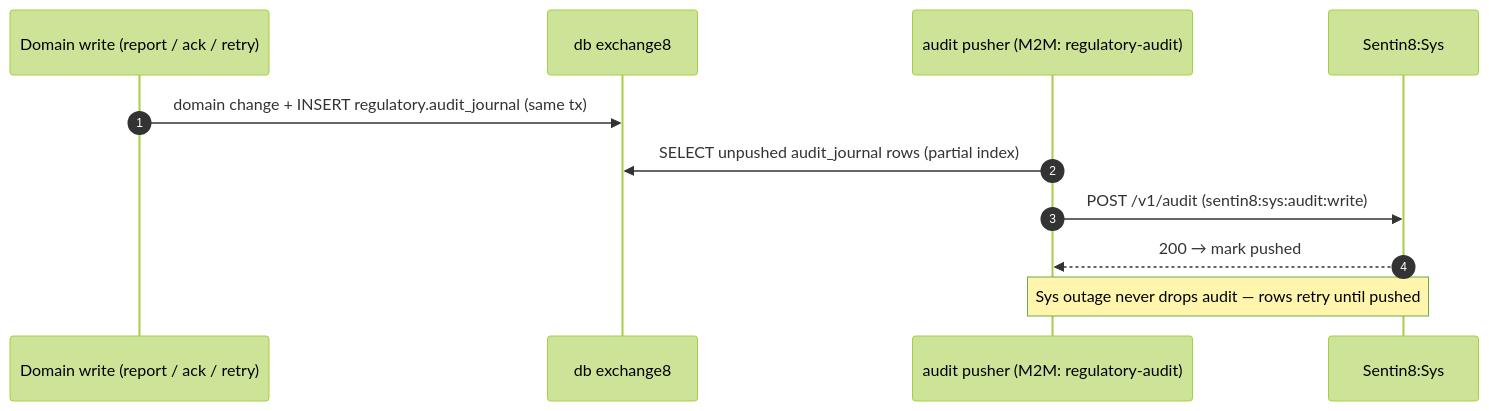
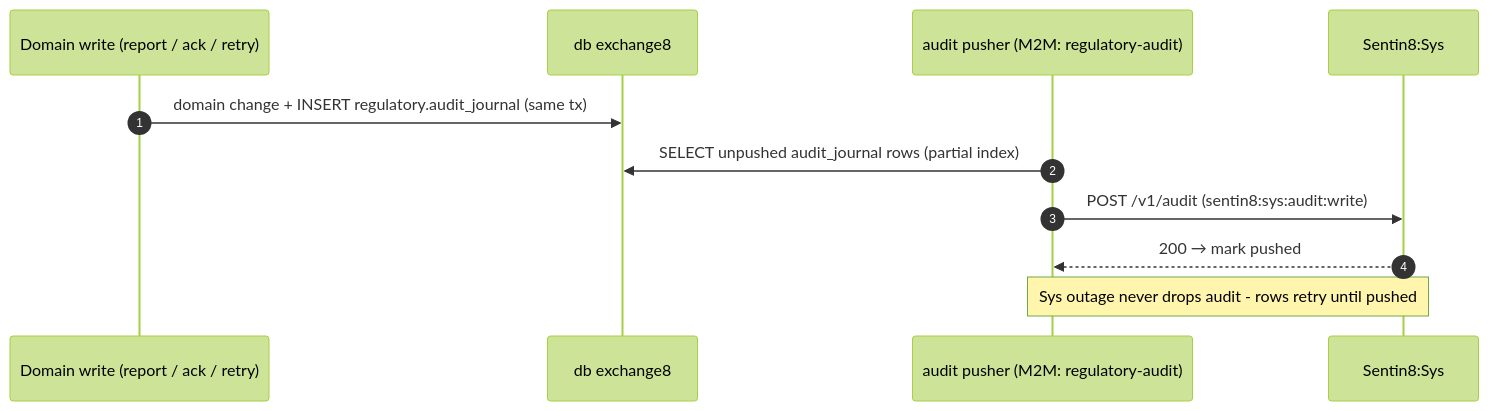
Diagram 12 of 18 in docs/products/regulatory/design.md (Exchange8-dev/exchange8-site), drawn with Mermaid (forest theme) before and after one commit. The commit also changed other lines of this file and 72 other files, not shown here.

````diff
--- a/docs/products/regulatory/design.md
+++ b/docs/products/regulatory/design.md
@@ -431,14 +431,14 @@
 ```mermaid
 sequenceDiagram
     autonumber
     participant W as Domain write (report / ack / retry)
     participant DB as db exchange8
     participant A as audit pusher (M2M: regulatory-audit)
     participant S as Sentin8:Sys
 
     W->>DB: domain change + INSERT regulatory.audit_journal (same tx)
     A->>DB: SELECT unpushed audit_journal rows (partial index)
     A->>S: POST /v1/audit (sentin8:sys:audit:write)
     S-->>A: 200 → mark pushed
-    Note over A,S: Sys outage never drops audit — rows retry until pushed
+    Note over A,S: Sys outage never drops audit - rows retry until pushed
 ```
````
